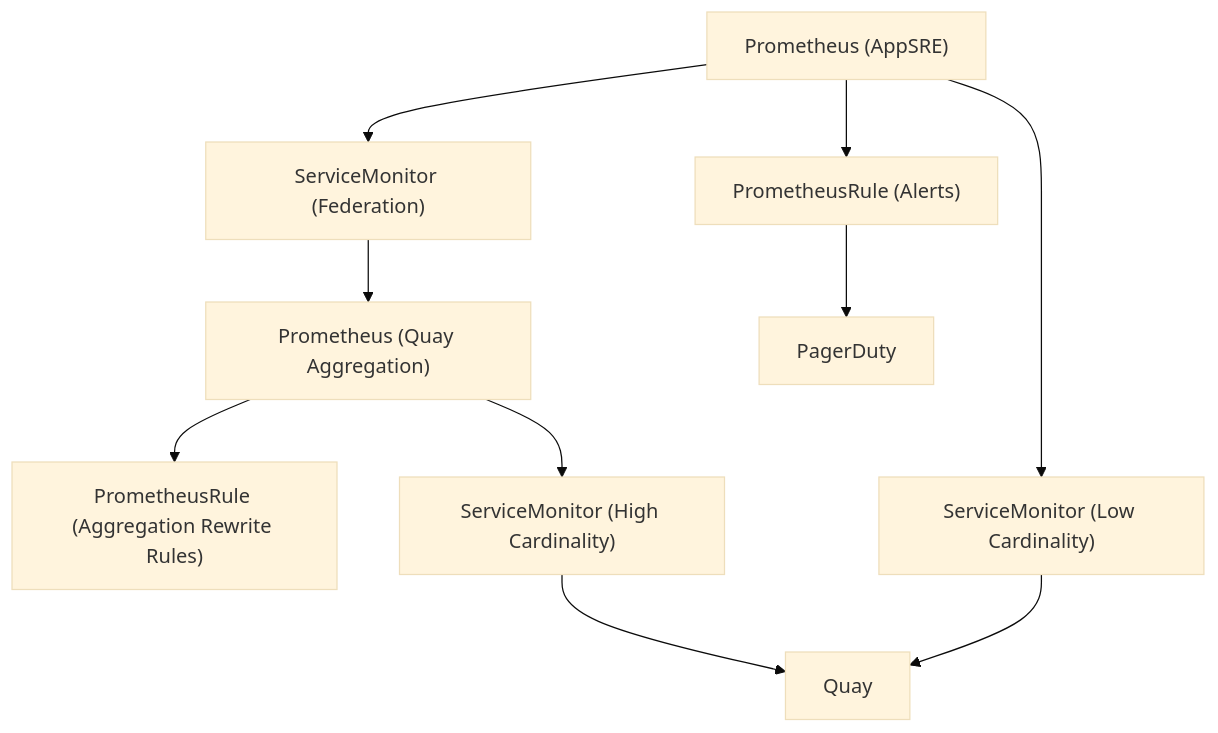
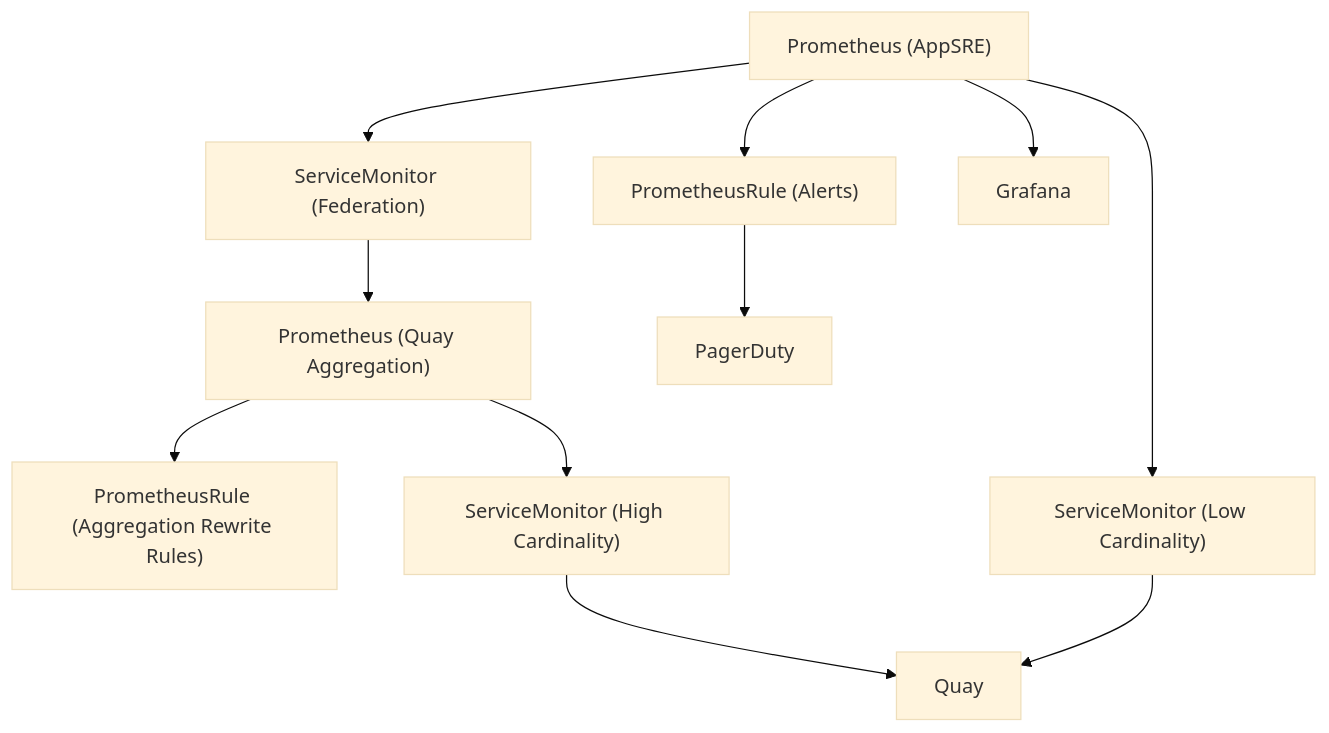
The diagram in docs/quay/monitoring.md (coleenquadros/configuration), drawn with Mermaid (base theme) before and after one commit.

Commit message:
docs: add grafana to quay monitoring arch

````diff
--- a/docs/quay/monitoring.md
+++ b/docs/quay/monitoring.md
@@ -69,25 +69,27 @@
 ```mermaid
 graph TD
   A["Prometheus (AppSRE)"];
   B["Prometheus (Quay Aggregation)"];
   
   C["PrometheusRule (Alerts)"];
   D["PrometheusRule (Aggregation Rewrite Rules)"];
 
   E["ServiceMonitor (Federation)"];
   F["ServiceMonitor (High Cardinality)"];
   G["ServiceMonitor (Low Cardinality)"];
 
   H["Quay"];
   I["PagerDuty"];
+  J["Grafana"];
 
   A --> C;
   A --> E;
   E --> B;
   B --> D;
   B --> F;
   A --> G;
   F --> H;
   G --> H;
   C --> I;
+  A --> J;
 ```
````
